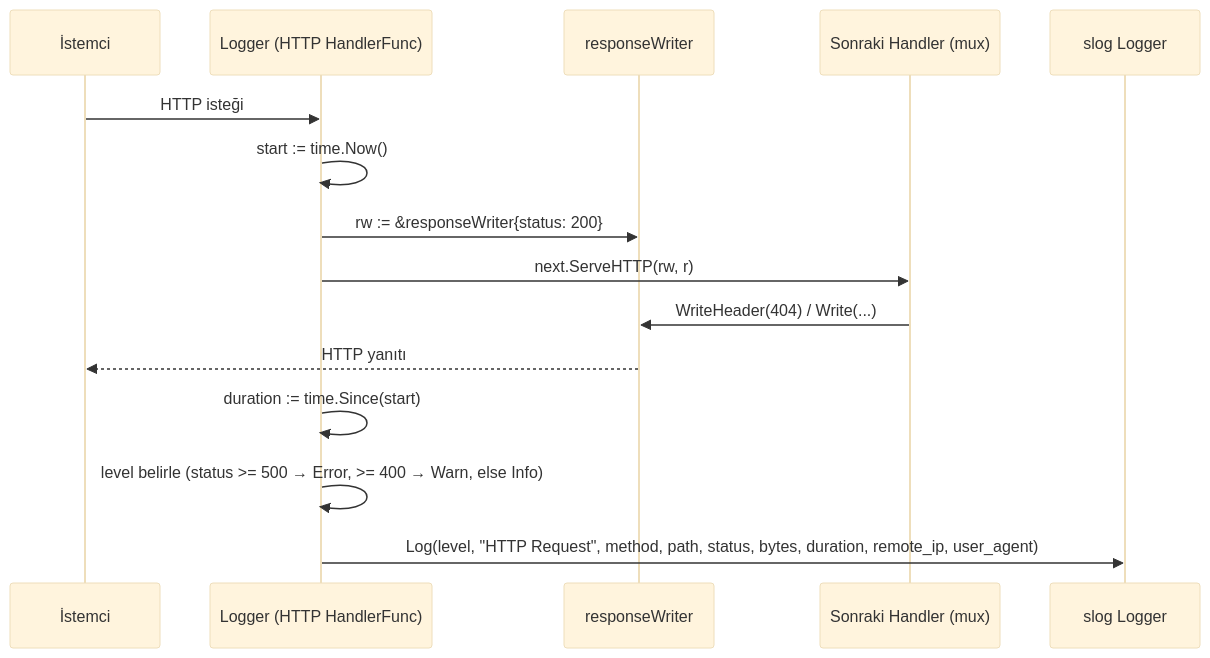
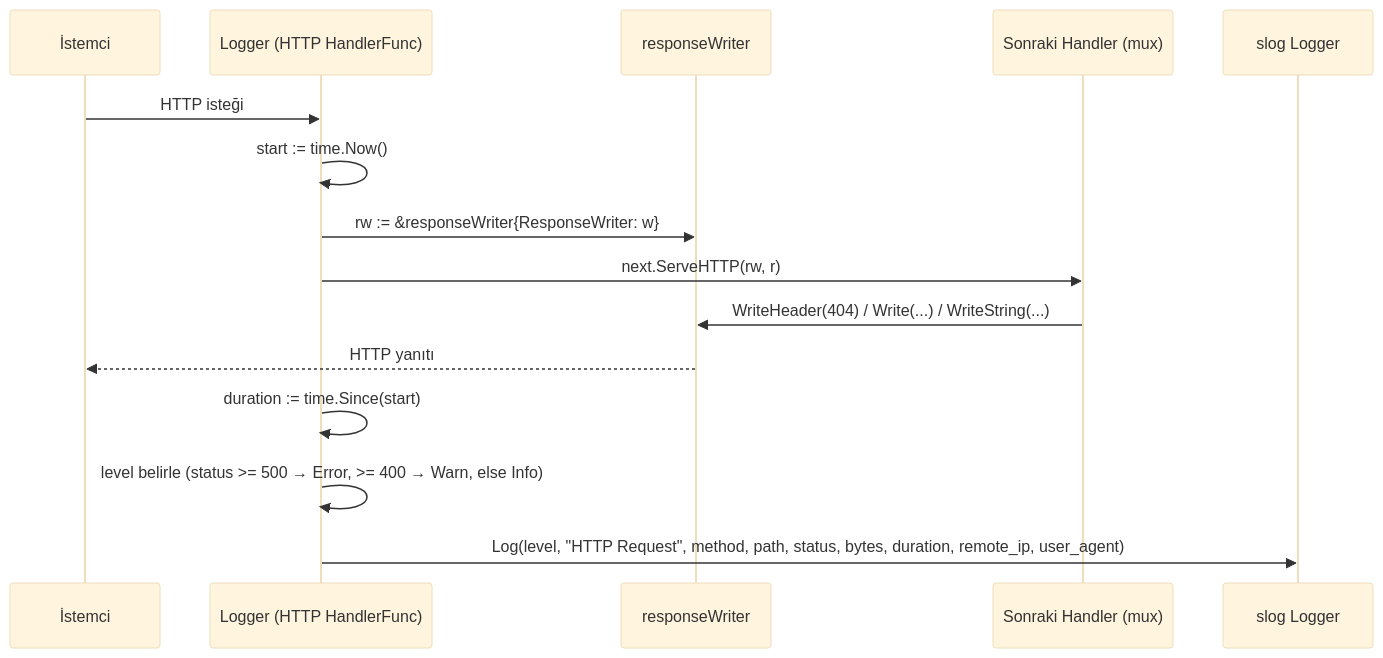
One commit to ozkansen/ozkansen.com changed the diagram in docs/wiki/LoggingMiddleware.md. Above: the diagram before and after it, drawn with Mermaid (base theme). The commit also changed other lines of this file and 6 other files, not shown here.

````diff
--- a/docs/wiki/LoggingMiddleware.md
+++ b/docs/wiki/LoggingMiddleware.md
@@ -33,18 +43,18 @@
 ```mermaid
 sequenceDiagram
     participant C as İstemci
     participant L as Logger (HTTP HandlerFunc)
     participant RW as responseWriter
     participant N as Sonraki Handler (mux)
     participant SL as slog Logger
 
     C->>L: HTTP isteği
     L->>L: start := time.Now()
-    L->>RW: rw := &responseWriter{status: 200}
+    L->>RW: rw := &responseWriter{ResponseWriter: w}
     L->>N: next.ServeHTTP(rw, r)
-    N->>RW: WriteHeader(404) / Write(...)
+    N->>RW: WriteHeader(404) / Write(...) / WriteString(...)
     RW-->>C: HTTP yanıtı
     L->>L: duration := time.Since(start)
     L->>L: level belirle (status >= 500 → Error, >= 400 → Warn, else Info)
     L->>SL: Log(level, "HTTP Request", method, path, status, bytes, duration, remote_ip, user_agent)
 ```
````
